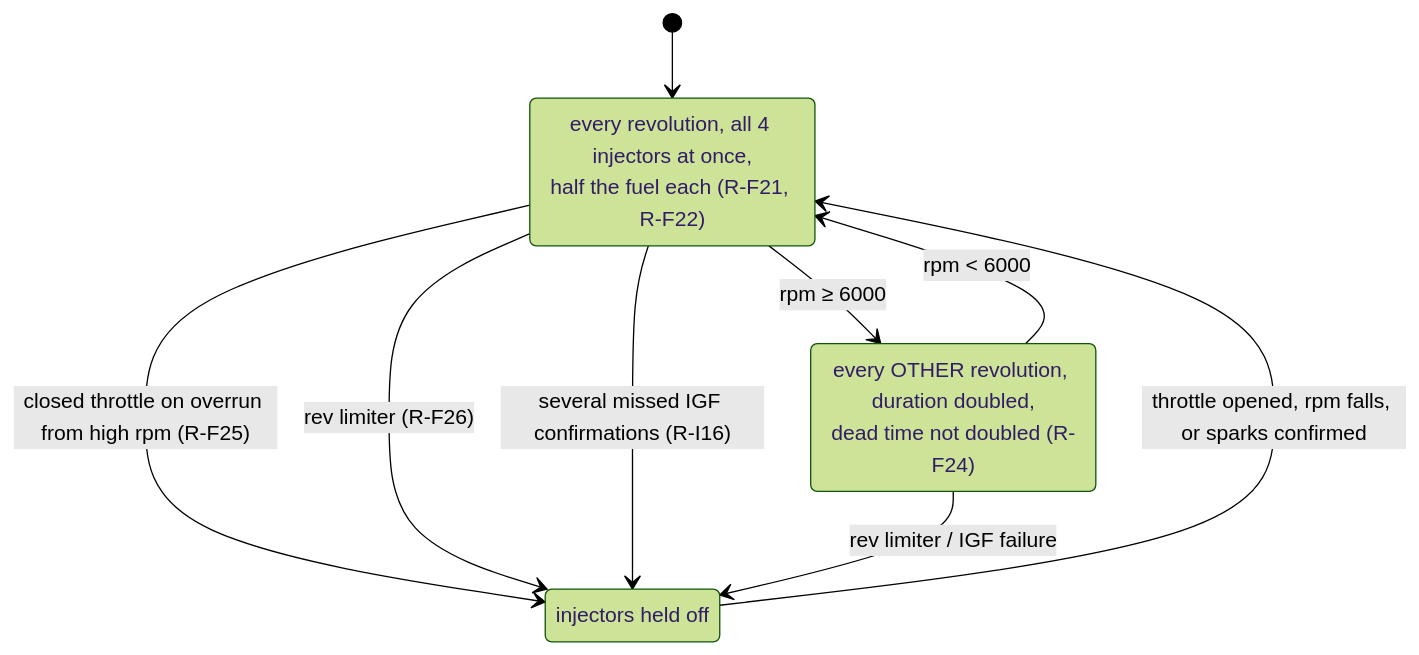
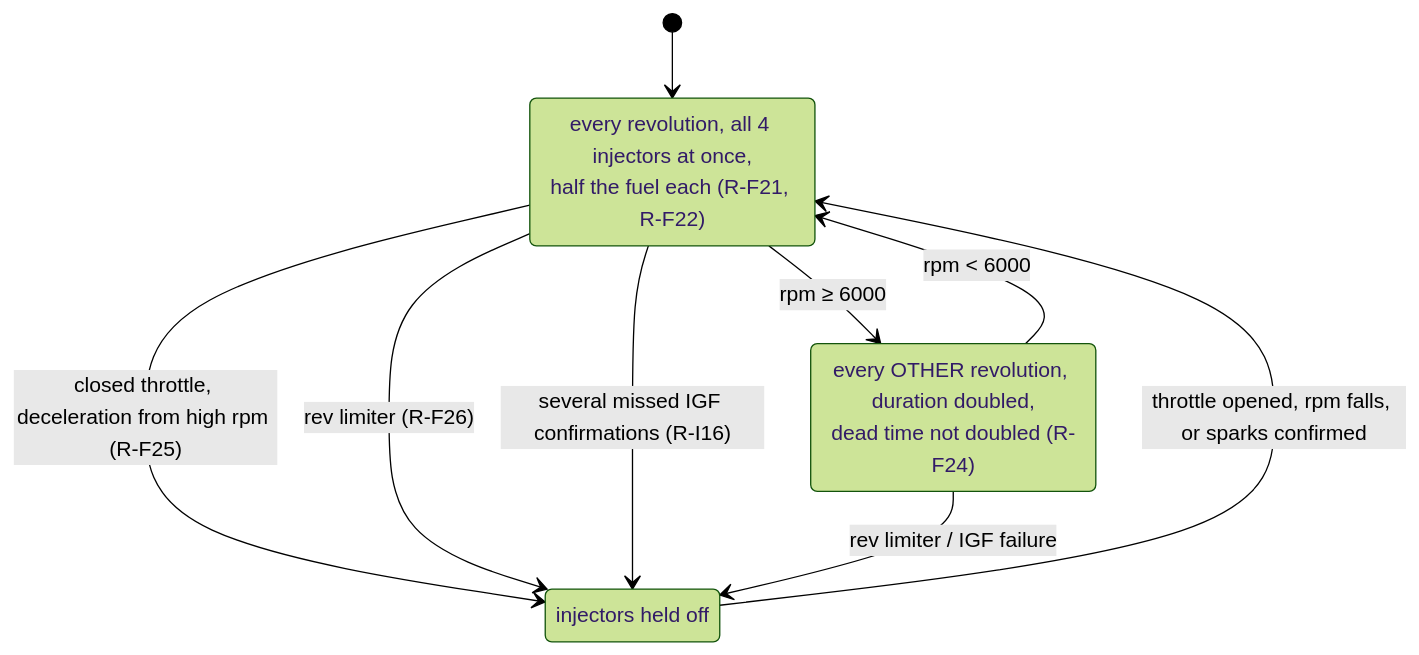
Before and after one commit to kurt-culley/Toyota-PCM-hacking: the second of 7 diagrams in docs/ross/diagrams.md, drawn with Mermaid (forest theme). The commit also changed other lines of this file and 153 other files, not shown here.

````diff
--- a/docs/ross/diagrams.md
+++ b/docs/ross/diagrams.md
@@ -36,14 +37,14 @@
 ```mermaid
 stateDiagram-v2
   [*] --> Normal
   Normal: every revolution, all 4 injectors at once,<br/>half the fuel each (R-F21, R-F22)
   Doubled: every OTHER revolution, duration doubled,<br/>dead time not doubled (R-F24)
   Cut: injectors held off
   Normal --> Doubled: rpm ≥ 6000
   Doubled --> Normal: rpm < 6000
-  Normal --> Cut: closed throttle on overrun from high rpm (R-F25)
+  Normal --> Cut: closed throttle, deceleration from high rpm (R-F25)
   Normal --> Cut: rev limiter (R-F26)
   Normal --> Cut: several missed IGF confirmations (R-I16)
   Doubled --> Cut: rev limiter / IGF failure
   Cut --> Normal: throttle opened, rpm falls, or sparks confirmed
 ```
````
